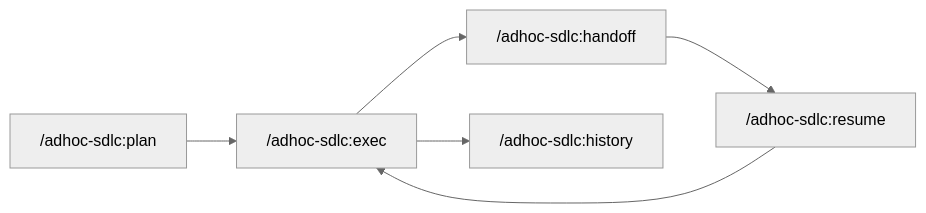
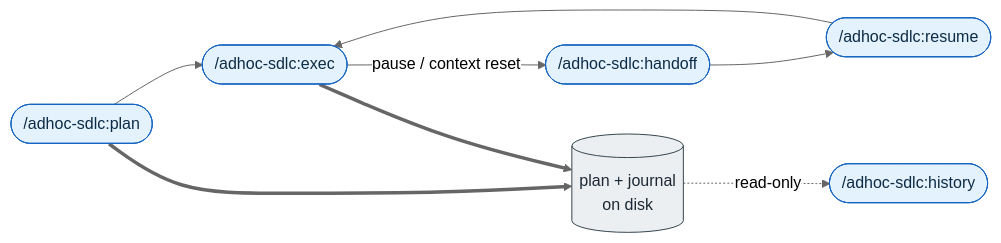
The diagram in templates/skills/adhoc-sdlc/README.md (daniel-grabowski/adhoc-sdlc), drawn with Mermaid (neutral theme) before and after one commit. The commit also changed other lines of this file and 8 other files, not shown here.

Commit message:
docs: redesign diagramów mermaid (overview + session-flow) odwzorowujących faktyczną mechanikę

````diff
--- a/templates/skills/adhoc-sdlc/README.md
+++ b/templates/skills/adhoc-sdlc/README.md
@@ -48,8 +48,15 @@
 ```mermaid
 flowchart LR
-    plan["/adhoc-sdlc:plan"] --> exec["/adhoc-sdlc:exec"]
-    exec --> handoff["/adhoc-sdlc:handoff"]
-    handoff --> resume["/adhoc-sdlc:resume"]
+    plan(["/adhoc-sdlc:plan"]) --> exec(["/adhoc-sdlc:exec"])
+    exec -->|pause / context reset| handoff(["/adhoc-sdlc:handoff"])
+    handoff --> resume(["/adhoc-sdlc:resume"])
     resume --> exec
-    exec --> history["/adhoc-sdlc:history"]
+    plan ==> disk[("plan + journal<br/>on disk")]
+    exec ==> disk
+    disk -.->|read-only| history(["/adhoc-sdlc:history"])
+
+    classDef cmd fill:#e3f2fd,stroke:#1565c0,color:#0d2b45
+    classDef store fill:#eceff1,stroke:#37474f,color:#1c2833
+    class plan,exec,handoff,resume,history cmd
+    class disk store
 ```
````
